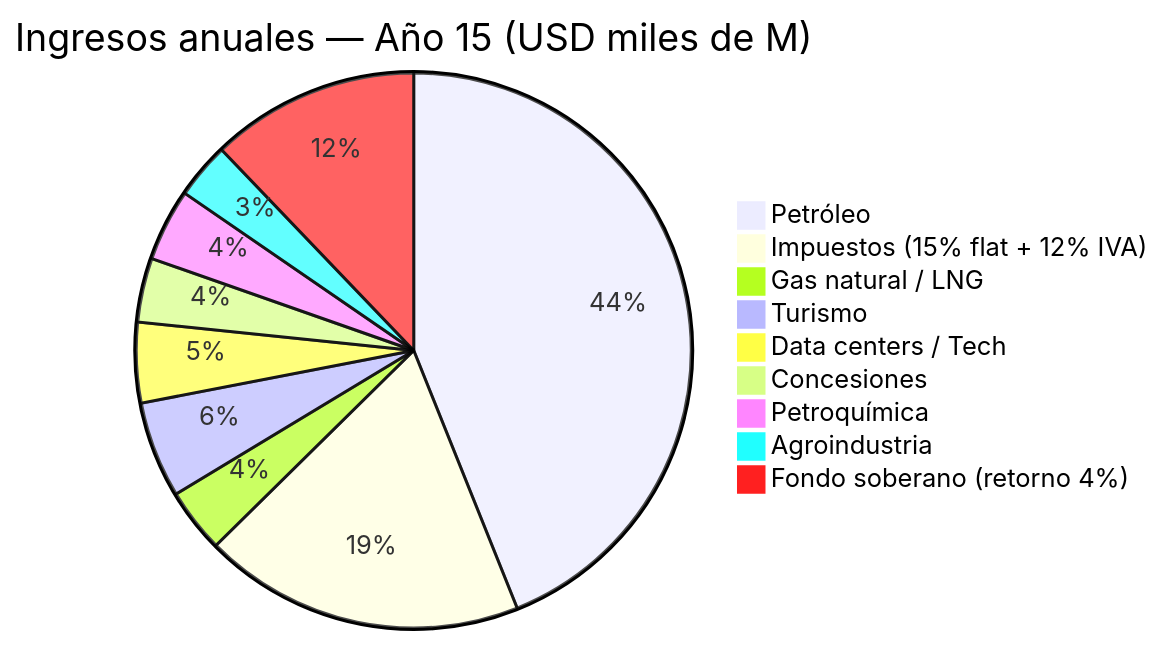
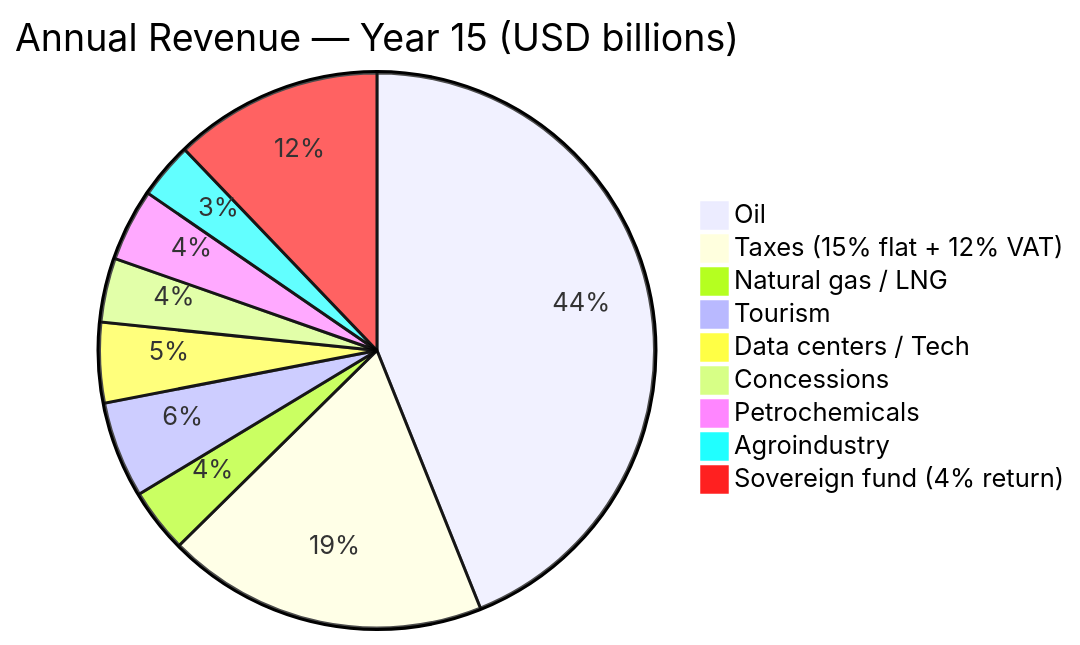
The second of 4 diagrams in i18n/en/docusaurus-plugin-content-docs/current/08-pitch/business-model-canvas.md (Venezuela-S-A/venezuela-sa), drawn with Mermaid before and after one commit. The commit also changed other lines of this file and 127 other files, not shown here.

````diff
--- a/i18n/en/docusaurus-plugin-content-docs/current/08-pitch/business-model-canvas.md
+++ b/i18n/en/docusaurus-plugin-content-docs/current/08-pitch/business-model-canvas.md
@@ -145,12 +145,12 @@
 ```mermaid
-pie title Ingresos anuales — Año 15 (USD miles de M)
-    "Petróleo" : 47
-    "Impuestos (15% flat + 12% IVA)" : 20
-    "Gas natural / LNG" : 4
-    "Turismo" : 6
+pie title Annual Revenue — Year 15 (USD billions)
+    "Oil" : 47
+    "Taxes (15% flat + 12% VAT)" : 20
+    "Natural gas / LNG" : 4
+    "Tourism" : 6
     "Data centers / Tech" : 5
-    "Concesiones" : 4
-    "Petroquímica" : 4.5
-    "Agroindustria" : 3.5
-    "Fondo soberano (retorno 4%)" : 13
+    "Concessions" : 4
+    "Petrochemicals" : 4.5
+    "Agroindustry" : 3.5
+    "Sovereign fund (4% return)" : 13
 ```
````
